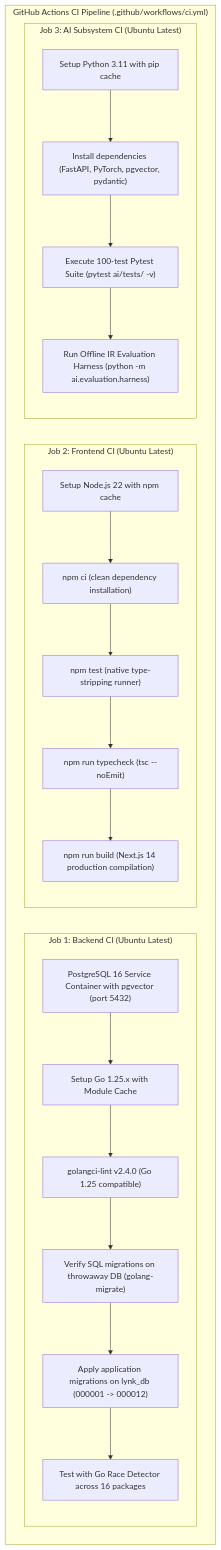
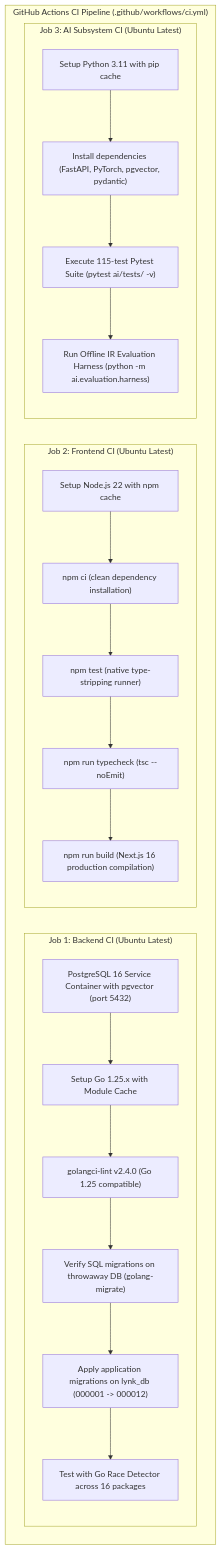
Before and after one commit to BIJJUDAMA/Lynk: the fourth of 4 diagrams in docs/development/testing-strategy.md, drawn with Mermaid. The commit also changed other lines of this file and 13 other files, not shown here.

````diff
--- a/docs/development/testing-strategy.md
+++ b/docs/development/testing-strategy.md
@@ -191,31 +192,31 @@
 ```mermaid
 flowchart TB
     subgraph GitHubActions["GitHub Actions CI Pipeline (.github/workflows/ci.yml)"]
         subgraph BackendJob["Job 1: Backend CI (Ubuntu Latest)"]
             B1["PostgreSQL 16 Service Container with pgvector (port 5432)"]
             B2["Setup Go 1.25.x with Module Cache"]
             B3["golangci-lint v2.4.0 (Go 1.25 compatible)"]
             B4["Verify SQL migrations on throwaway DB (golang-migrate)"]
             B5["Apply application migrations on lynk_db (000001 -> 000012)"]
             B6["Test with Go Race Detector across 16 packages"]
             B1 --> B2 --> B3 --> B4 --> B5 --> B6
         end
 
         subgraph FrontendJob["Job 2: Frontend CI (Ubuntu Latest)"]
             F1["Setup Node.js 22 with npm cache"]
             F2["npm ci (clean dependency installation)"]
             F3["npm test (native type-stripping runner)"]
             F4["npm run typecheck (tsc --noEmit)"]
-            F5["npm run build (Next.js 14 production compilation)"]
+            F5["npm run build (Next.js 16 production compilation)"]
             F1 --> F2 --> F3 --> F4 --> F5
         end
 
         subgraph AIJob["Job 3: AI Subsystem CI (Ubuntu Latest)"]
             A1["Setup Python 3.11 with pip cache"]
             A2["Install dependencies (FastAPI, PyTorch, pgvector, pydantic)"]
-            A3["Execute 100-test Pytest Suite (pytest ai/tests/ -v)"]
+            A3["Execute 115-test Pytest Suite (pytest ai/tests/ -v)"]
             A4["Run Offline IR Evaluation Harness (python -m ai.evaluation.harness)"]
             A1 --> A2 --> A3 --> A4
         end
     end
 ```
````
